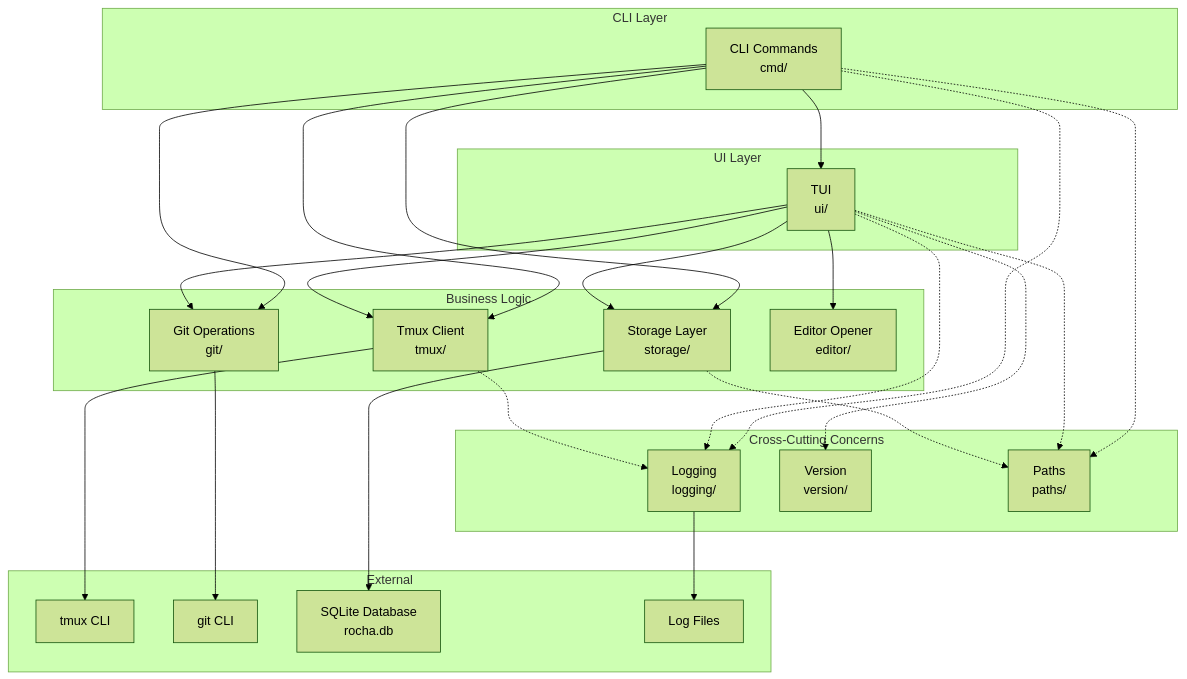
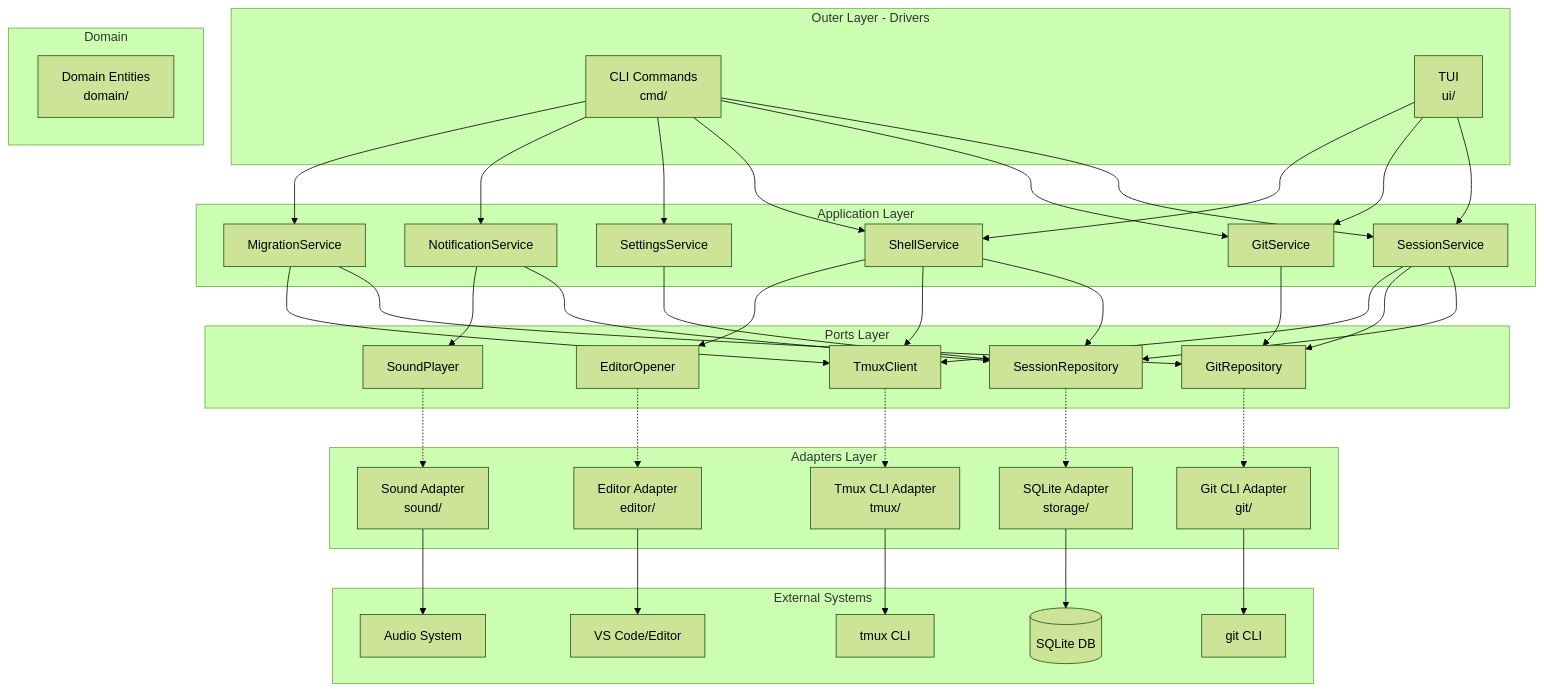
The first of 4 diagrams in ARCHITECTURE.md (renato0307/rocha), drawn with Mermaid (forest theme) before and after one commit. The commit also changed other lines of this file and 34 other files, not shown here.

First line of the commit message:
refactor: complete hexagonal architecture cleanup

````diff
--- a/ARCHITECTURE.md
+++ b/ARCHITECTURE.md
@@ -7,52 +7,79 @@
 ```mermaid
 graph TB
-    subgraph "CLI Layer"
+    subgraph "Outer Layer - Drivers"
         CLI[CLI Commands<br/>cmd/]
-    end
-
-    subgraph "UI Layer"
         TUI[TUI<br/>ui/]
     end
 
-    subgraph "Business Logic"
-        TMUX[Tmux Client<br/>tmux/]
-        STORAGE[Storage Layer<br/>storage/]
-        GIT[Git Operations<br/>git/]
-        EDITOR[Editor Opener<br/>editor/]
+    subgraph "Application Layer"
+        SS[SessionService]
+        GS[GitService]
+        SHS[ShellService]
+        STS[SettingsService]
+        NS[NotificationService]
+        MS[MigrationService]
     end
 
-    subgraph "Cross-Cutting Concerns"
-        LOG[Logging<br/>logging/]
-        VER[Version<br/>version/]
-        PATHS[Paths<br/>paths/]
+    subgraph "Domain"
+        DOM[Domain Entities<br/>domain/]
     end
 
-    subgraph "External"
-        TMUXCLI[tmux CLI]
-        GITCLI[git CLI]
-        DB[SQLite Database<br/>rocha.db]
-        LOGFS[Log Files]
+    subgraph "Ports Layer"
+        SR[SessionRepository]
+        GR[GitRepository]
+        TC[TmuxClient]
+        EO[EditorOpener]
+        SP[SoundPlayer]
     end
 
-    CLI --> TUI
-    CLI --> TMUX
-    CLI --> GIT
-    CLI --> STORAGE
-    TUI --> TMUX
-    TUI --> STORAGE
-    TUI --> GIT
-    TUI --> EDITOR
-    TMUX --> TMUXCLI
-    STORAGE --> DB
-    GIT --> GITCLI
+    subgraph "Adapters Layer"
+        SQLITE[SQLite Adapter<br/>storage/]
+        GITCLI[Git CLI Adapter<br/>git/]
+        TMUXCLI[Tmux CLI Adapter<br/>tmux/]
+        EDITOR[Editor Adapter<br/>editor/]
+        SOUND[Sound Adapter<br/>sound/]
+    end
 
-    %% Cross-cutting concerns (dotted lines)
-    CLI -.-> LOG
-    CLI -.-> PATHS
-    TUI -.-> LOG
-    TUI -.-> VER
-    TUI -.-> PATHS
-    TMUX -.-> LOG
-    STORAGE -.-> PATHS
-    LOG --> LOGFS
+    subgraph "External Systems"
+        DB[(SQLite DB)]
+        GIT[git CLI]
+        TMUX[tmux CLI]
+        VSCODE[VS Code/Editor]
+        AUDIO[Audio System]
+    end
+
+    CLI --> SS
+    CLI --> GS
+    CLI --> SHS
+    CLI --> STS
+    CLI --> NS
+    CLI --> MS
+    TUI --> SS
+    TUI --> GS
+    TUI --> SHS
+
+    SS --> SR
+    SS --> GR
+    SS --> TC
+    GS --> GR
+    SHS --> SR
+    SHS --> TC
+    SHS --> EO
+    NS --> SR
+    NS --> SP
+    MS --> GR
+    MS --> TC
+    STS --> SR
+
+    SR -.-> SQLITE
+    GR -.-> GITCLI
+    TC -.-> TMUXCLI
+    EO -.-> EDITOR
+    SP -.-> SOUND
+
+    SQLITE --> DB
+    GITCLI --> GIT
+    TMUXCLI --> TMUX
+    EDITOR --> VSCODE
+    SOUND --> AUDIO
 ```
````
